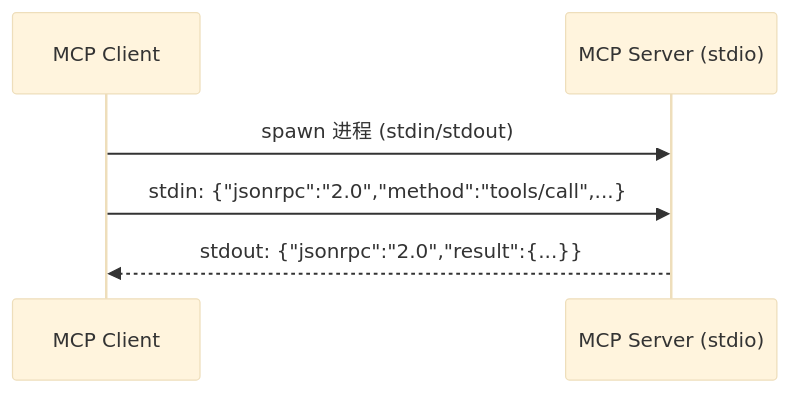
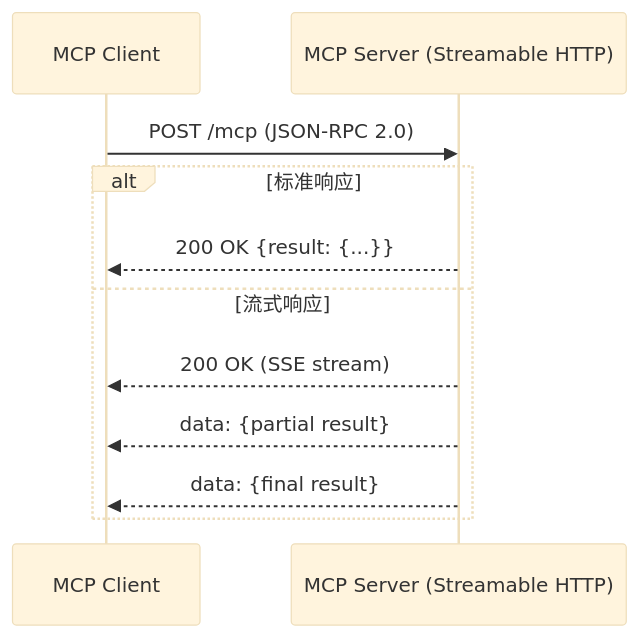
One commit to wqwz111/Tech-Researcher changed the second of 3 diagrams in reports/tools/mcp-ecosystem.md. Above: the diagram before and after it, drawn with Mermaid (base theme). The commit also changed other lines of this file and 5 other files, not shown here.

First line of the commit message:
🔧 P1修复：ai-finance引用链接 + MCP Streamable HTTP + Gemini评测来源

````diff
--- a/reports/tools/mcp-ecosystem.md
+++ b/reports/tools/mcp-ecosystem.md
@@ -71,8 +74,13 @@
 ```mermaid
 sequenceDiagram
     participant C as MCP Client
-    participant S as MCP Server (stdio)
-    C->>S: spawn 进程 (stdin/stdout)
-    C->>S: stdin: {"jsonrpc":"2.0","method":"tools/call",...}
-    S-->>C: stdout: {"jsonrpc":"2.0","result":{...}}
+    participant S as MCP Server (Streamable HTTP)
+    C->>S: POST /mcp (JSON-RPC 2.0)
+    alt 标准响应
+        S-->>C: 200 OK {result: {...}}
+    else 流式响应
+        S-->>C: 200 OK (SSE stream)
+        S-->>C: data: {partial result}
+        S-->>C: data: {final result}
+    end
 ```
````
